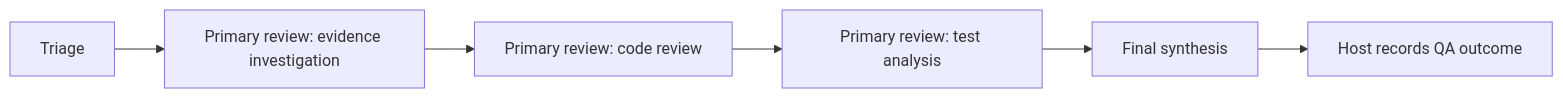
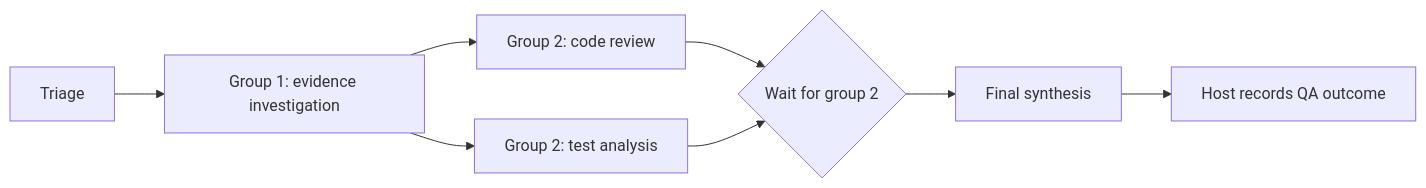
One commit to Rbkmen/qa-orchestrator changed the first of 2 diagrams in docs/ORCHESTRATION_POLICY.md. Above: the diagram before and after it, drawn with Mermaid. The commit also changed other lines of this file and 18 other files, not shown here.

````diff
--- a/docs/ORCHESTRATION_POLICY.md
+++ b/docs/ORCHESTRATION_POLICY.md
@@ -145,8 +164,10 @@
 ```mermaid
 flowchart LR
-    Triage --> Evidence["Primary review: evidence investigation"]
-    Evidence --> Code["Primary review: code review"]
-    Code --> Tests["Primary review: test analysis"]
-    Tests --> Synthesis["Final synthesis"]
+    Triage --> Evidence["Group 1: evidence investigation"]
+    Evidence --> Code["Group 2: code review"]
+    Evidence --> Tests["Group 2: test analysis"]
+    Code --> Join{"Wait for group 2"}
+    Tests --> Join
+    Join --> Synthesis["Final synthesis"]
     Synthesis --> Outcome["Host records QA outcome"]
 ```
````
